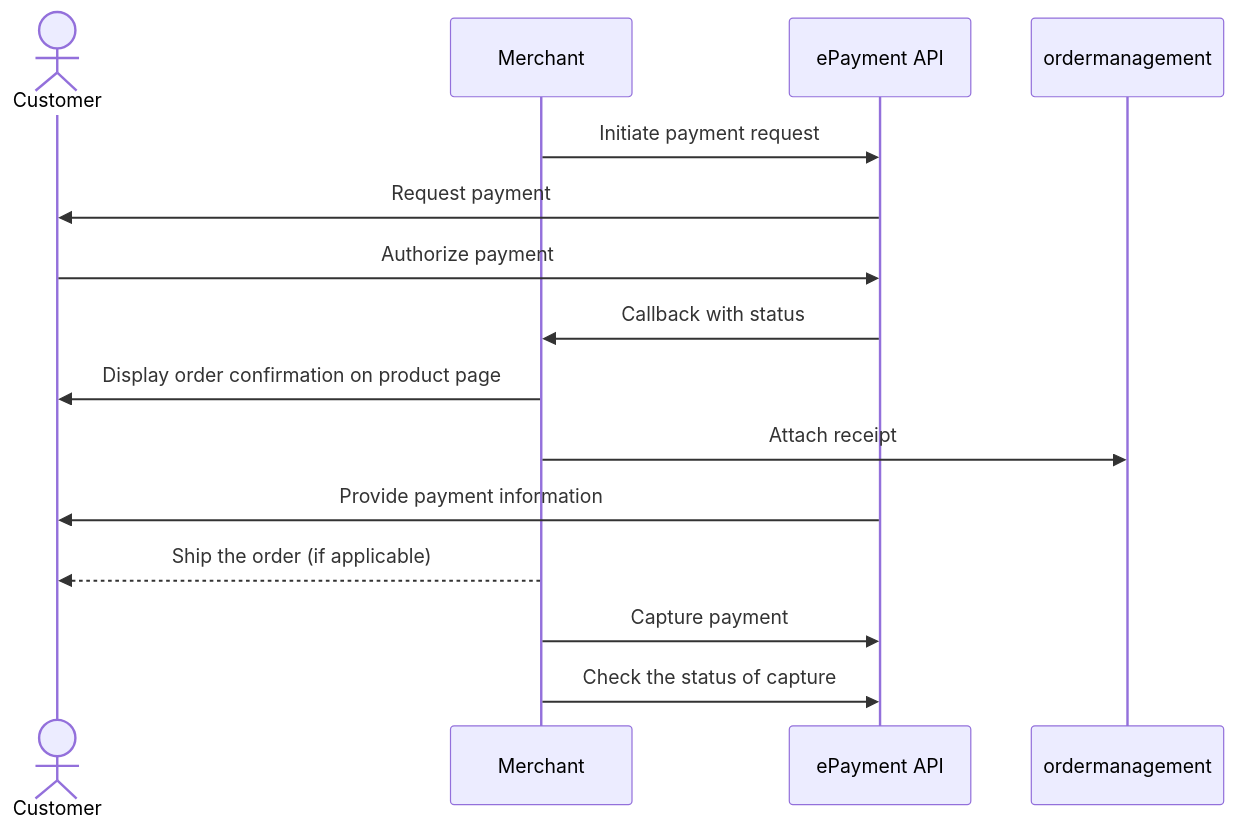
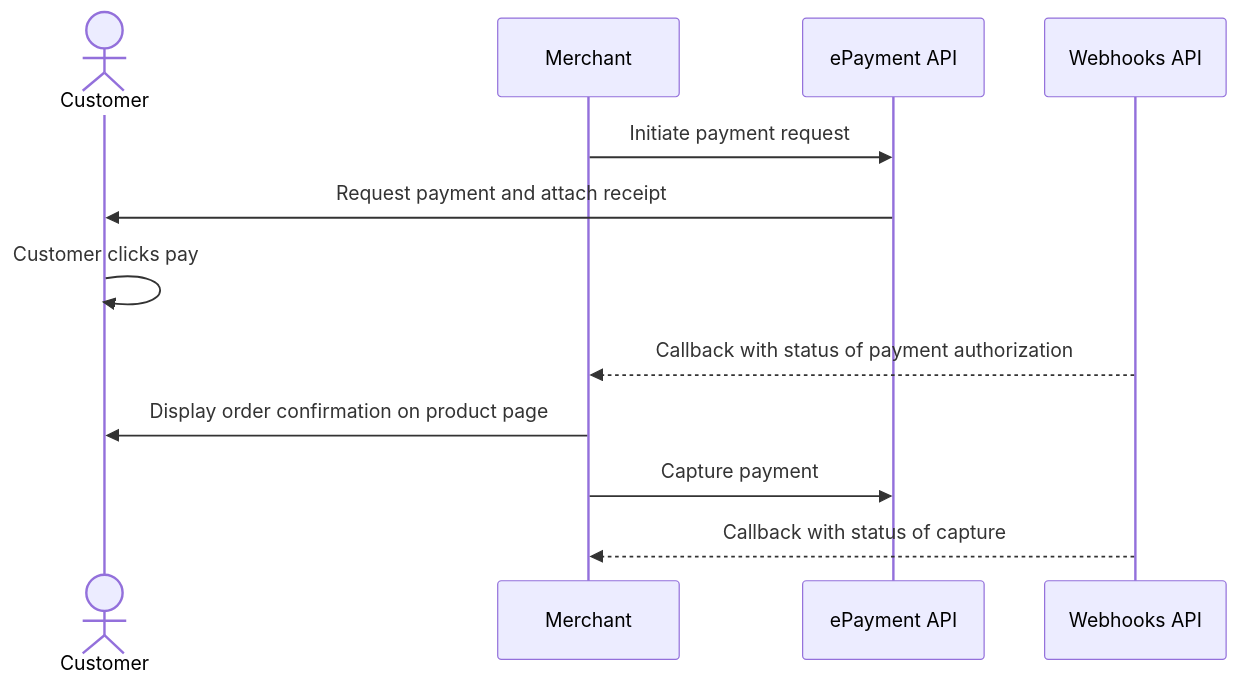
The diagram in invoice-through-epayments/payment-sent-to-app.md (vippsas/vipps-solutions), drawn with Mermaid before and after one commit. The commit also changed other lines of this file and 22 other files, not shown here.

First line of the commit message:
Provide unique examples. Add receipt in payment request when possible. (#86)

````diff
--- a/invoice-through-epayments/payment-sent-to-app.md
+++ b/invoice-through-epayments/payment-sent-to-app.md
@@ -78,17 +156,15 @@
 ``` mermaid
 sequenceDiagram
     actor C as Customer
     participant M as Merchant
     participant ePayment as ePayment API
+    participant Webhooks as Webhooks API
 
     M->>ePayment: Initiate payment request
-    ePayment->>C: Request payment
-    C->>ePayment: Authorize payment
-    ePayment->>M: Callback with status
+    ePayment->>C: Request payment and attach receipt
+    C->>C: Customer clicks pay
+    Webhooks-->>M: Callback with status of payment authorization
     M->>C: Display order confirmation on product page
-    M->> ordermanagement: Attach receipt
-    ePayment->>C: Provide payment information
-    M-->>C: Ship the order (if applicable)
-    M->>ePayment: Capture payment 
-    M->>ePayment: Check the status of capture
+    M->>ePayment: Capture payment
+    Webhooks-->>M: Callback with status of capture
 ```
````
